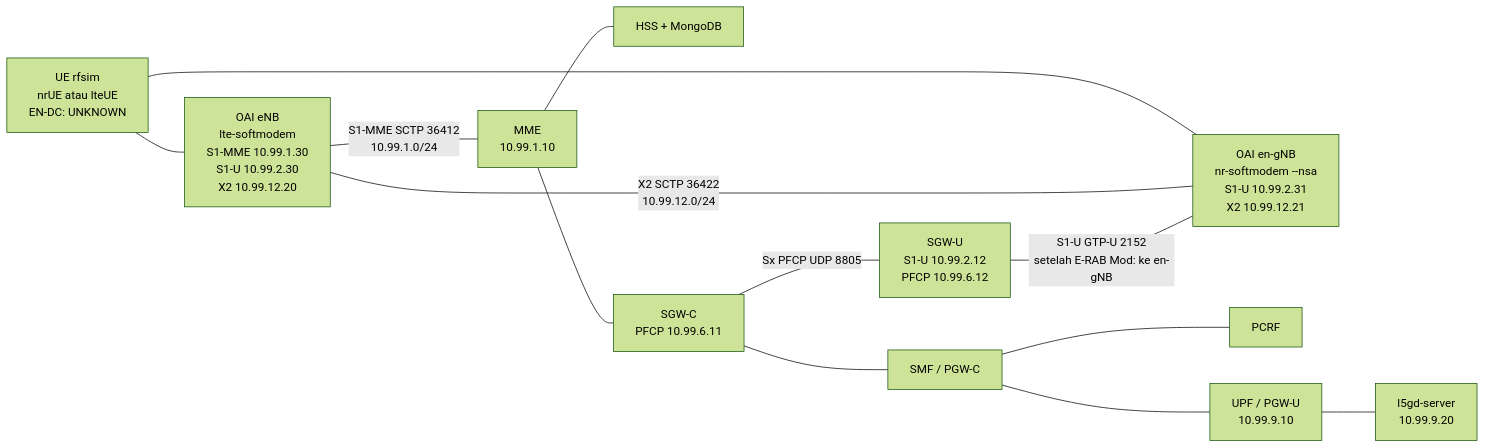
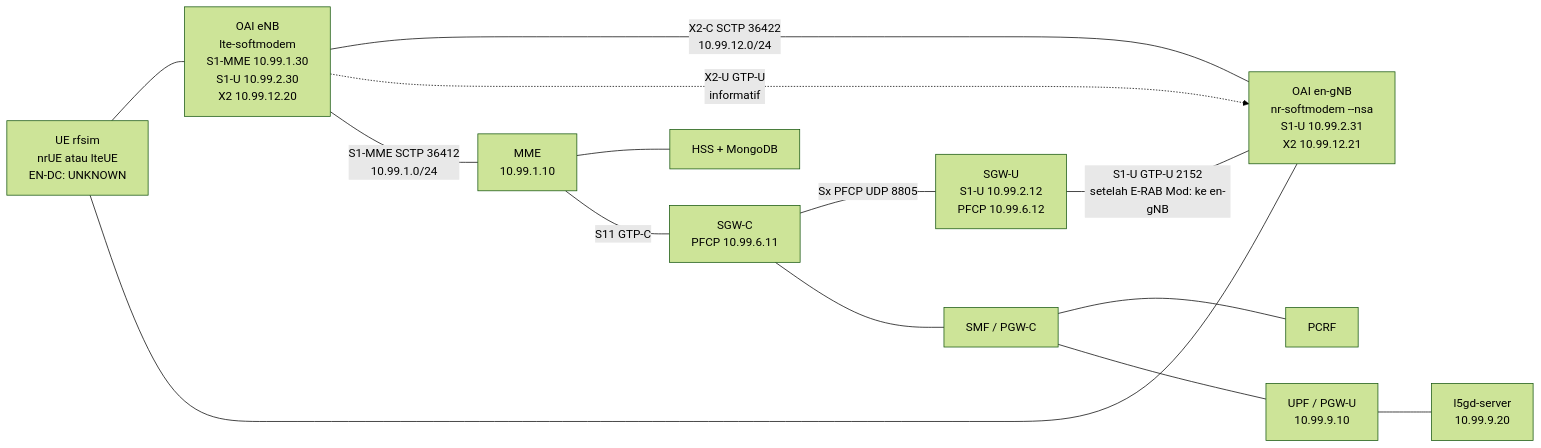
One commit to dayat81/open5g changed the diagram in docs/prd/gate-b/OAI-GO-NOGO-TEST-PLAN.md. Above: the diagram before and after it, drawn with Mermaid (forest theme). The commit also changed other lines of this file, not shown here.

````diff
--- a/docs/prd/gate-b/OAI-GO-NOGO-TEST-PLAN.md
+++ b/docs/prd/gate-b/OAI-GO-NOGO-TEST-PLAN.md
@@ -80,27 +88,28 @@
 ```mermaid
 flowchart LR
   UE["UE rfsim<br/>nrUE atau lteUE<br/>EN-DC: UNKNOWN"]
   ENB["OAI eNB<br/>lte-softmodem<br/>S1-MME 10.99.1.30<br/>S1-U 10.99.2.30<br/>X2 10.99.12.20"]
   GNB["OAI en-gNB<br/>nr-softmodem --nsa<br/>S1-U 10.99.2.31<br/>X2 10.99.12.21"]
   MME["MME<br/>10.99.1.10"]
   HSS["HSS + MongoDB"]
   SGWC["SGW-C<br/>PFCP 10.99.6.11"]
   SGWU["SGW-U<br/>S1-U 10.99.2.12<br/>PFCP 10.99.6.12"]
   SMF["SMF / PGW-C"]
   PCRF["PCRF"]
   UPF["UPF / PGW-U<br/>10.99.9.10"]
   SGI["l5gd-server<br/>10.99.9.20"]
 
   UE --- ENB
   UE --- GNB
-  ENB ---|"X2 SCTP 36422<br/>10.99.12.0/24"| GNB
+  ENB ---|"X2-C SCTP 36422<br/>10.99.12.0/24"| GNB
+  ENB -.->|"X2-U GTP-U<br/>informatif"| GNB
   ENB ---|"S1-MME SCTP 36412<br/>10.99.1.0/24"| MME
   MME --- HSS
-  MME --- SGWC
+  MME ---|"S11 GTP-C"| SGWC
   SGWC ---|"Sx PFCP UDP 8805"| SGWU
   SGWU ---|"S1-U GTP-U 2152<br/>setelah E-RAB Mod: ke en-gNB"| GNB
   SGWC --- SMF
   SMF --- PCRF
   SMF --- UPF
   UPF --- SGI
 ```
````
